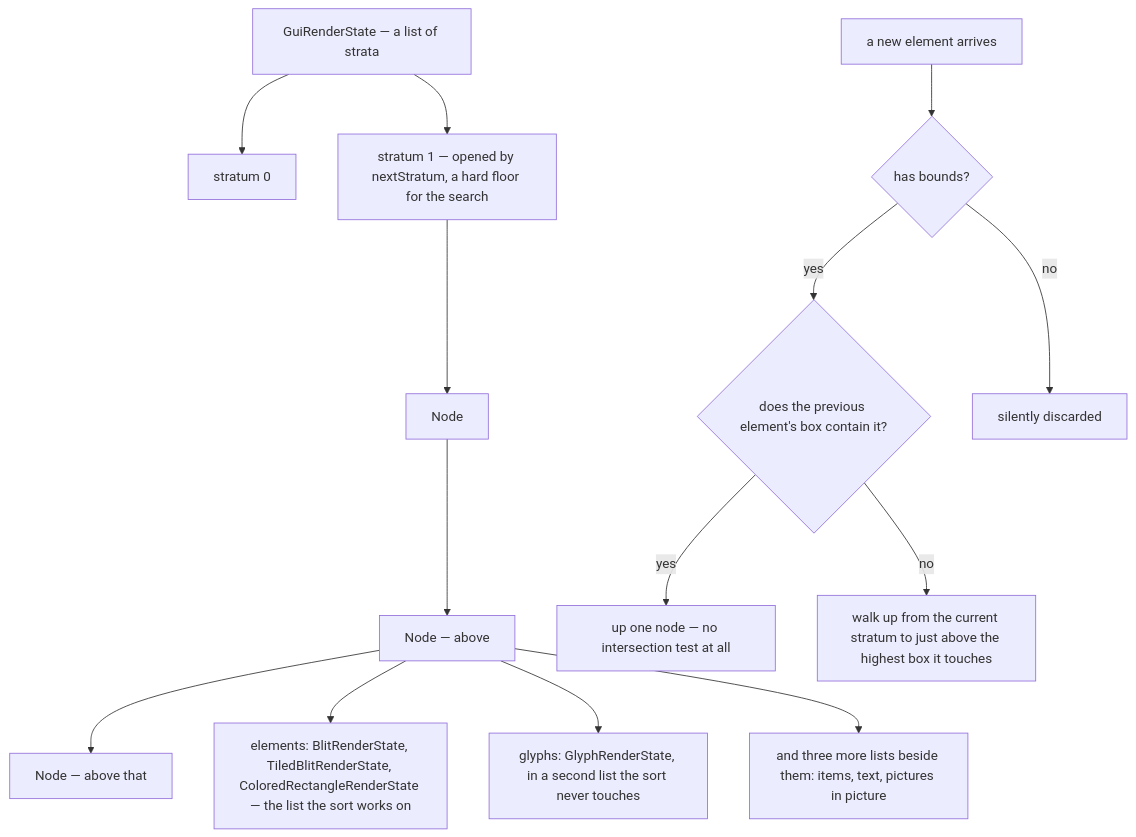
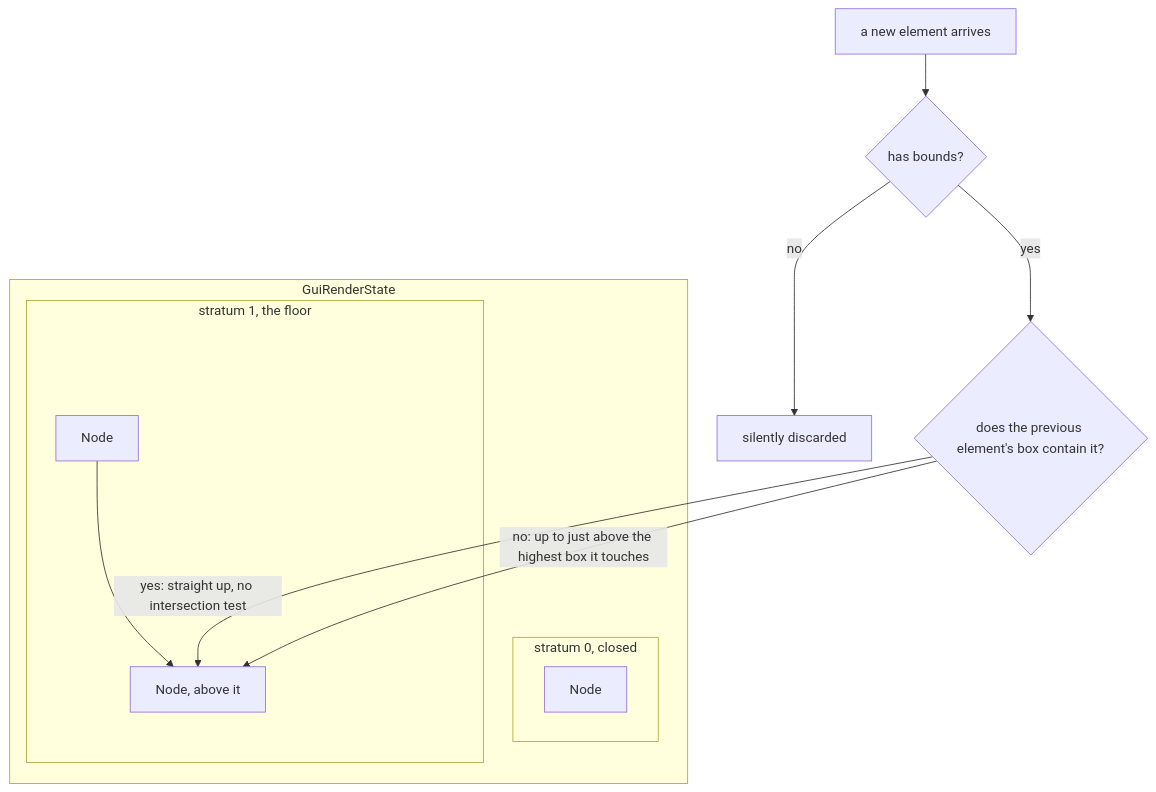
One commit to AlexanderjFraser/MinecraftDocs changed the first of 2 diagrams in src/systems/client/the-gui-render-tree.md. Above: the diagram before and after it, drawn with Mermaid. The commit also changed other lines of this file and 18 other files, not shown here.

````diff
--- a/src/systems/client/the-gui-render-tree.md
+++ b/src/systems/client/the-gui-render-tree.md
@@ -43,29 +43,22 @@
 ```mermaid
 flowchart TD
-    GRS["GuiRenderState — a list of strata"]
-    S1["stratum 0"]
-    S2["stratum 1 — opened by nextStratum, a hard floor for the search"]
-    N1["Node"]
-    N2["Node — above"]
-    N3["Node — above that"]
-    EL["elements: BlitRenderState, TiledBlitRenderState, ColoredRectangleRenderState — the list the sort works on"]
-    GL["glyphs: GlyphRenderState, in a second list the sort never touches"]
-    OTH["and three more lists beside them: items, text, pictures in picture"]
     NEW["a new element arrives"]
-    FAST{"does the previous element's box contain it?"}
-    UP["up one node — no intersection test at all"]
-    WALK["walk up from the current stratum to just above the highest box it touches"]
     NONE{"has bounds?"}
     DROP["silently discarded"]
-    GRS --> S1
-    GRS --> S2
-    S2 --> N1 --> N2 --> N3
-    N2 --> EL
-    N2 --> GL
-    N2 --> OTH
+    FAST{"does the previous element's box contain it?"}
     NEW --> NONE
     NONE -- "no" --> DROP
     NONE -- "yes" --> FAST
-    FAST -- "yes" --> UP
-    FAST -- "no" --> WALK
+    subgraph GRS["GuiRenderState"]
+        subgraph S0["stratum 0, closed"]
+            N0["Node"]
+        end
+        subgraph S1["stratum 1, the floor"]
+            N1["Node"]
+            N2["Node, above it"]
+            N1 --> N2
+        end
+    end
+    FAST -- "yes: straight up, no intersection test" --> N2
+    FAST -- "no: up to just above the highest box it touches" --> N2
 ```
````
